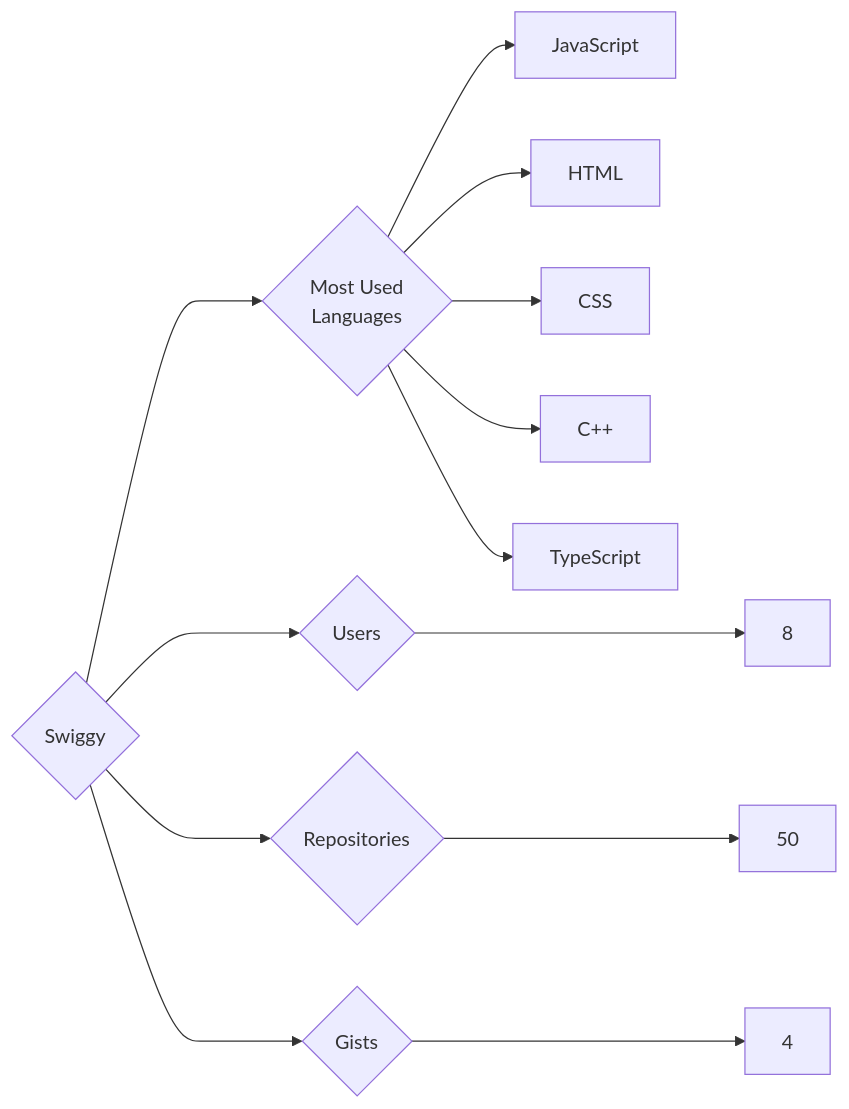
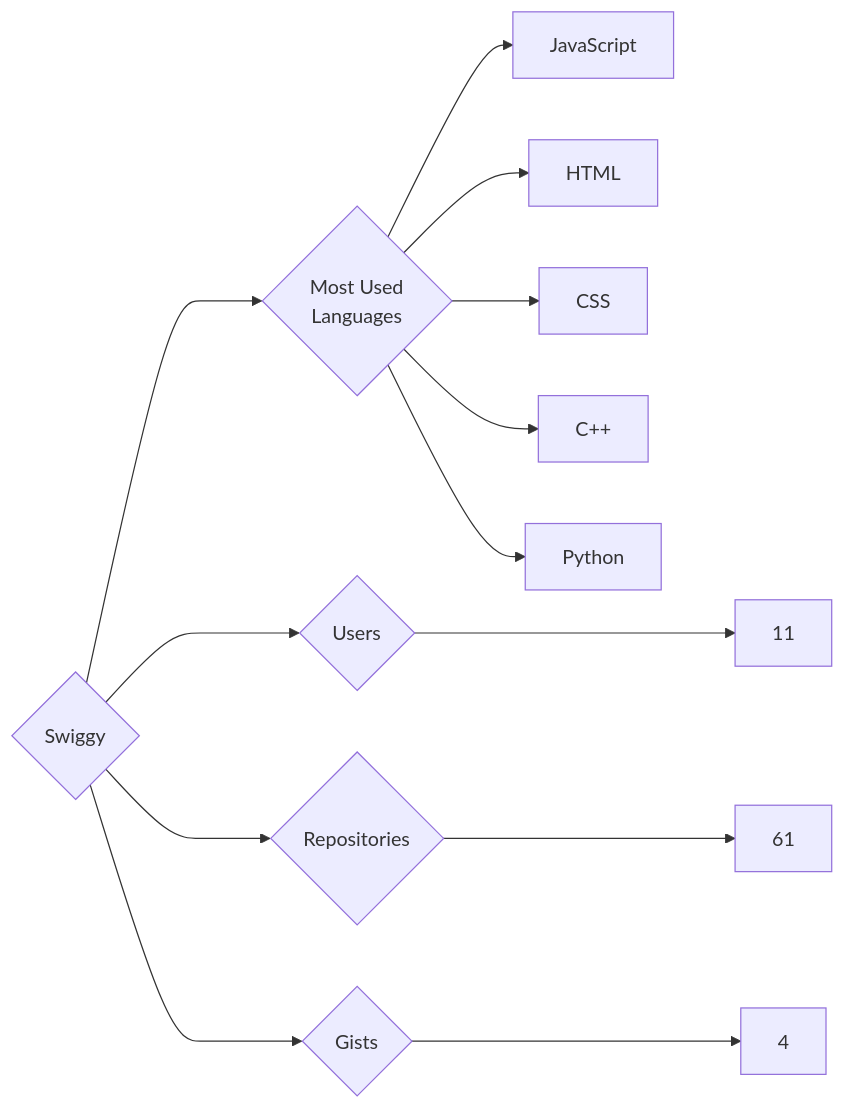
The diagram in targets/Swiggy/README.md (trickest/insiders), drawn with Mermaid before and after one commit. The commit also changed 1496 other files, not shown here.

````diff
--- a/targets/Swiggy/README.md
+++ b/targets/Swiggy/README.md
@@ -3,13 +3,13 @@
 ```mermaid
 graph LR
 COMPANY_NAME{Swiggy}
-COMPANY_NAME ---> U{Users} ---> UN[8]
-COMPANY_NAME ---> R{Repositories} ---> RN[50]
+COMPANY_NAME ---> U{Users} ---> UN[11]
+COMPANY_NAME ---> R{Repositories} ---> RN[61]
 COMPANY_NAME ---> G{Gists} ---> GN[4]
 COMPANY_NAME ---> ML{Most Used<br>Languages}
 ML --> JavaScript[JavaScript]
 ML --> HTML[HTML]
 ML --> CSS[CSS]
 ML --> C++[C++]
-ML --> TypeScript[TypeScript]
+ML --> Python[Python]
 ```
````
